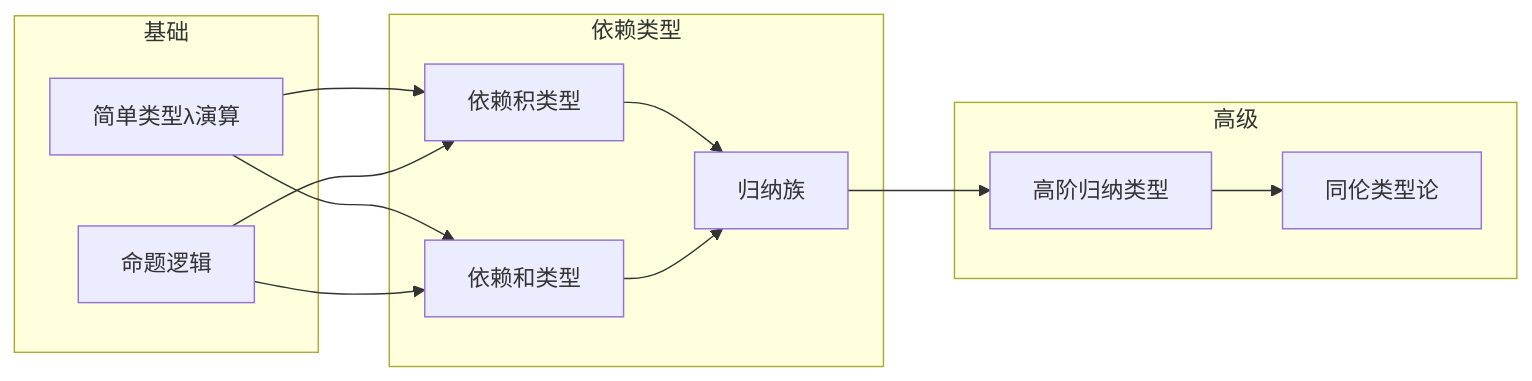
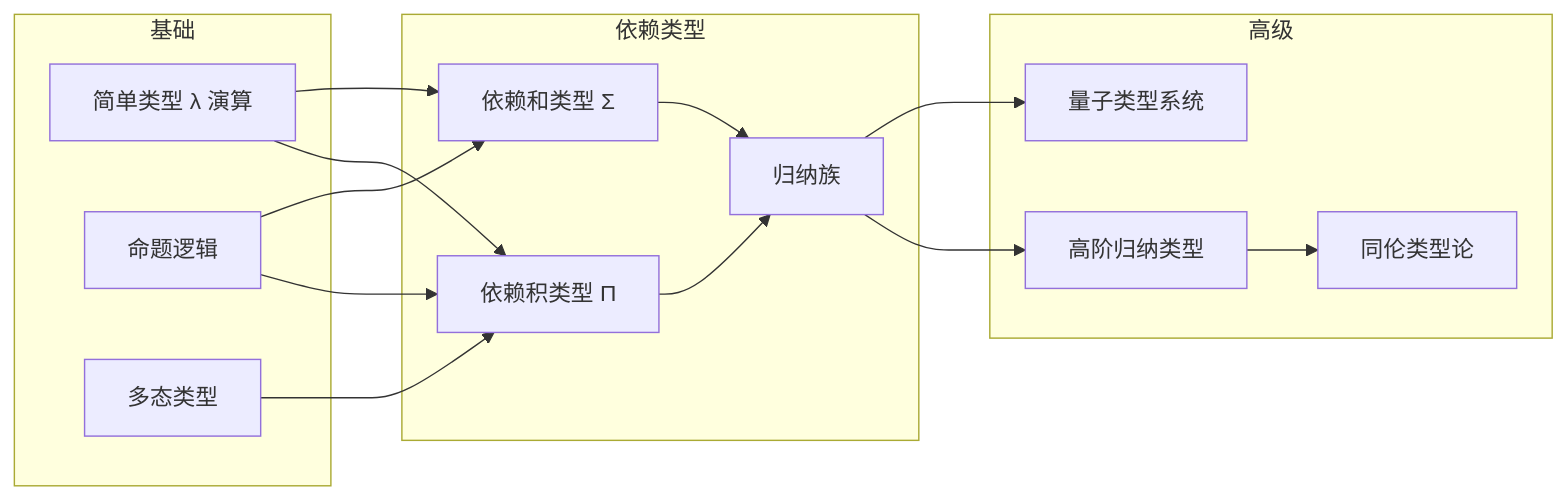
The third of 4 diagrams in docs/05-类型理论/类型理论模块知识图谱.md (AdaMartin18010/FormalAlgorithm), drawn with Mermaid before and after one commit. The commit also changed other lines of this file and 481 other files, not shown here.

````diff
--- a/docs/05-类型理论/类型理论模块知识图谱.md
+++ b/docs/05-类型理论/类型理论模块知识图谱.md
@@ -102,27 +124,31 @@
 ```mermaid
 graph LR
     subgraph 基础
-        STLC[简单类型λ演算]
+        STLC[简单类型 λ 演算]
         PL[命题逻辑]
+        Poly[多态类型]
     end
 
     subgraph 依赖类型
-        DPT[依赖积类型]
-        DST[依赖和类型]
+        DPT[依赖积类型 Π]
+        DST[依赖和类型 Σ]
         IF[归纳族]
     end
 
     subgraph 高级
         HIT[高阶归纳类型]
         HoTT[同伦类型论]
+        Quantum[量子类型系统]
     end
 
     STLC --> DPT
     STLC --> DST
+    Poly --> DPT
     PL --> DPT
     PL --> DST
     DPT --> IF
     DST --> IF
     IF --> HIT
     HIT --> HoTT
+    IF --> Quantum
 ```
````
